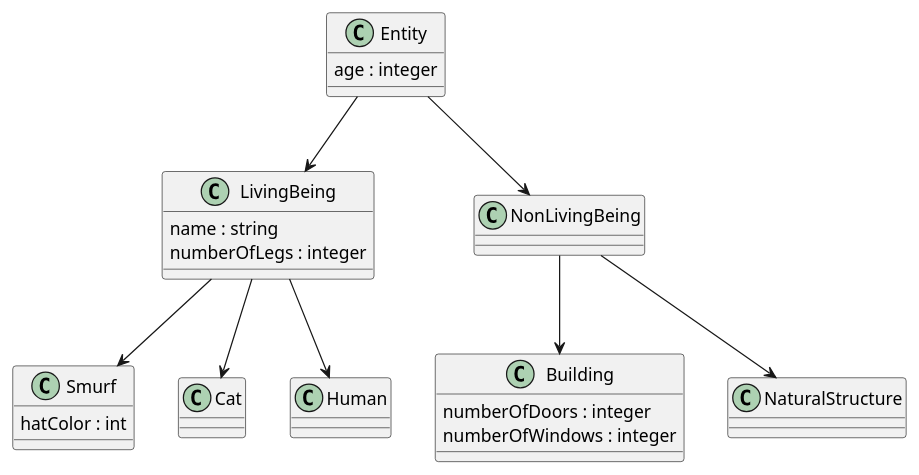
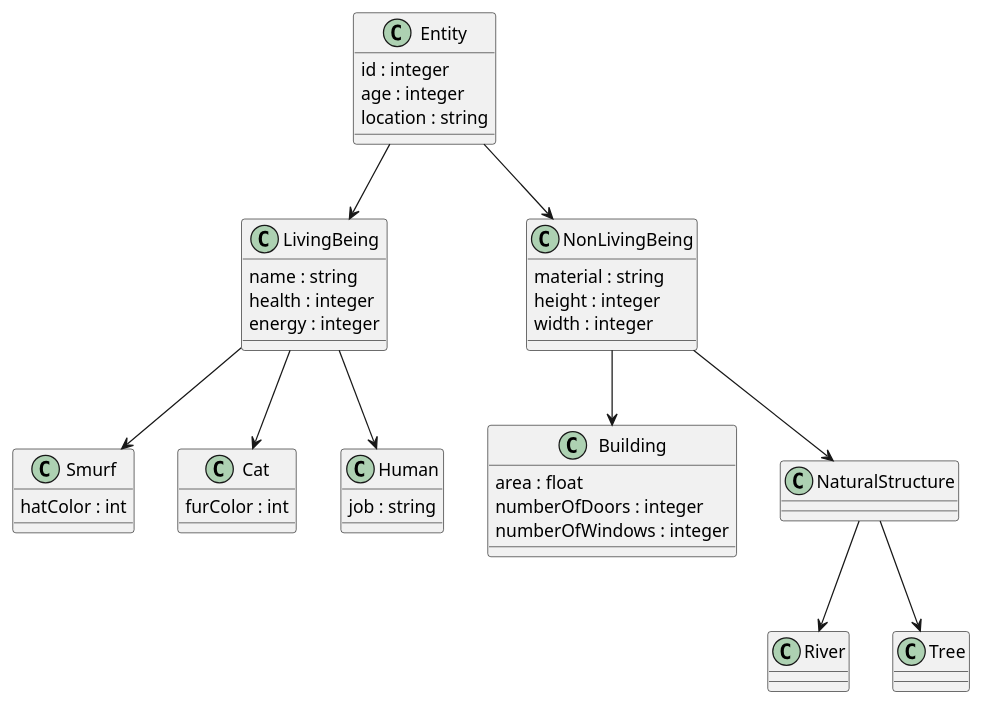
The diagram in README.md (kamilix2003/SmurfVillage), drawn with PlantUML before and after one commit.

Commit message:
minior update

````diff
--- a/README.md
+++ b/README.md
@@ -3,49 +3,66 @@
 ```plantuml
 @startuml
 
 class Entity {
+    id : integer
     age : integer
+    location : string
 }
 
 class LivingBeing{
     name : string
-    numberOfLegs : integer
+    health : integer
+    energy : integer
 }
 
 class Smurf {
     hatColor : int
 }
 
 class Cat {
-
+    furColor : int
 }
 
 class Human {
-
+    job : string
 }
 
 class NonLivingBeing {
-
+    material : string
+    height : integer
+    width : integer
 }
 
 class Building {
+    area : float
     numberOfDoors : integer
     numberOfWindows : integer
 }
 
 class NaturalStructure {
+
+}
+
+class River {
+
+}
+
+class Tree {
 
 }
 
 Entity --> LivingBeing
 Entity --> NonLivingBeing
 
 LivingBeing --> Smurf
 LivingBeing --> Cat
 LivingBeing --> Human
 
 NonLivingBeing --> Building
 NonLivingBeing --> NaturalStructure
 
+NaturalStructure --> Tree
+NaturalStructure --> River
+
 @enduml
 ```
````
